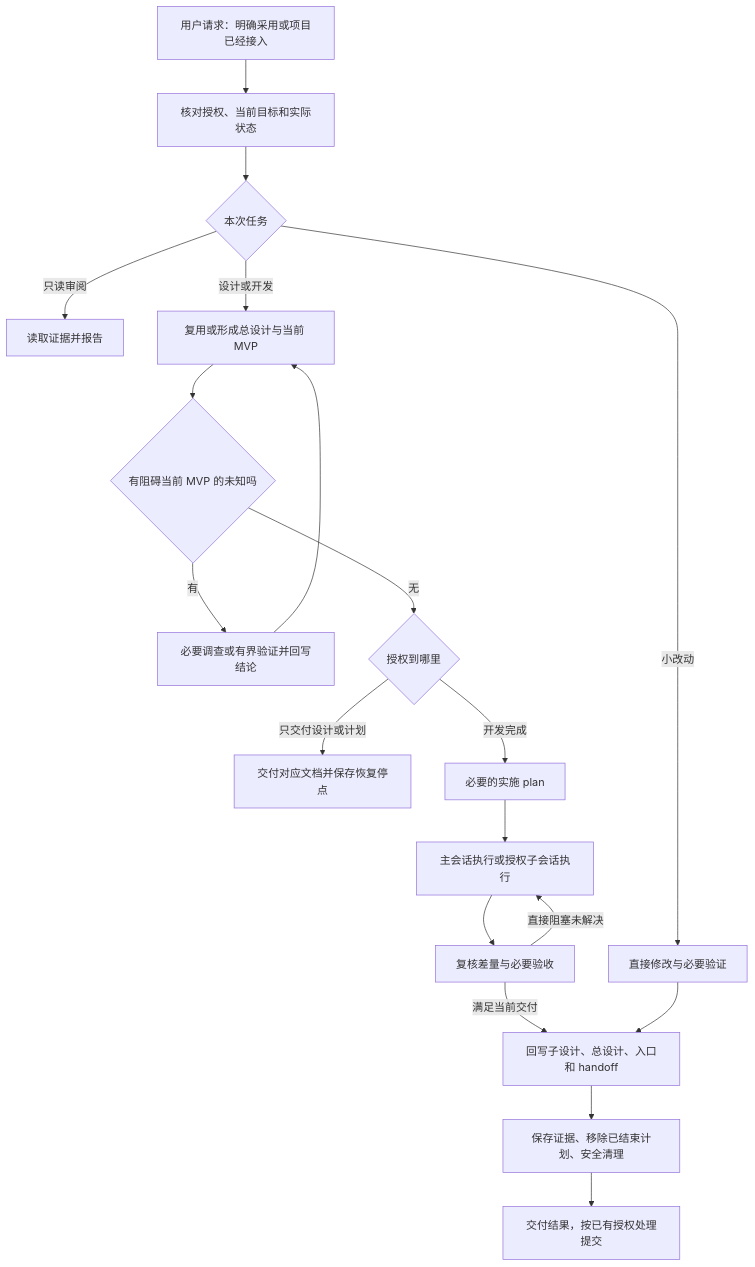
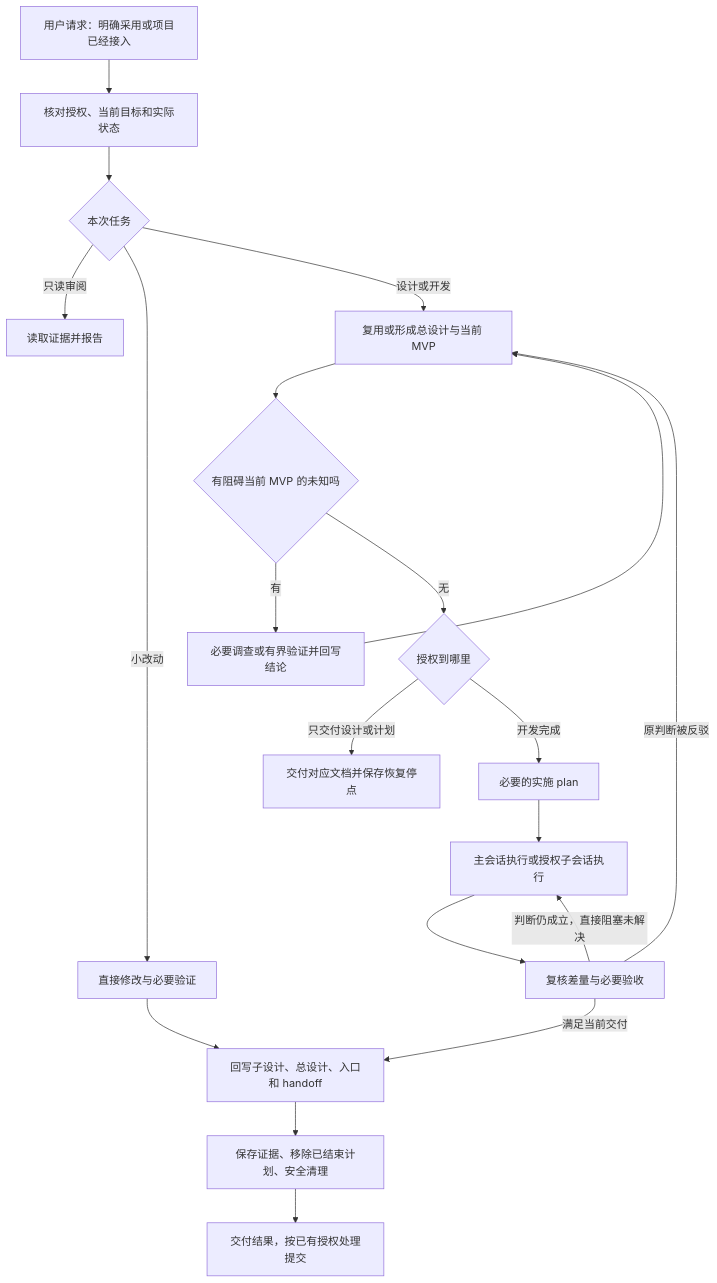
The diagram in README.md (dannyCaiHaoming/fuxxx-codex-spec), drawn with Mermaid before and after one commit. The commit also changed other lines of this file and 7 other files, not shown here.

````diff
--- a/README.md
+++ b/README.md
@@ -69,21 +70,22 @@
 ```mermaid
 flowchart TD
     A[用户请求：明确采用或项目已经接入] --> B[核对授权、当前目标和实际状态]
     B --> C{本次任务}
     C -->|只读审阅| R[读取证据并报告]
     C -->|小改动| L[直接修改与必要验证]
     C -->|设计或开发| D[复用或形成总设计与当前 MVP]
     D --> U{有阻碍当前 MVP 的未知吗}
     U -->|有| V[必要调查或有界验证并回写结论]
     V --> D
     U -->|无| E{授权到哪里}
     E -->|只交付设计或计划| H[交付对应文档并保存恢复停点]
     E -->|开发完成| P[必要的实施 plan]
     P --> I[主会话执行或授权子会话执行]
     I --> Q[复核差量与必要验收]
-    Q -->|直接阻塞未解决| I
+    Q -->|原判断被反驳| D
+    Q -->|判断仍成立，直接阻塞未解决| I
     Q -->|满足当前交付| W[回写子设计、总设计、入口和 handoff]
     L --> W
     W --> Z[保存证据、移除已结束计划、安全清理]
     Z --> F[交付结果，按已有授权处理提交]
 ```
````
